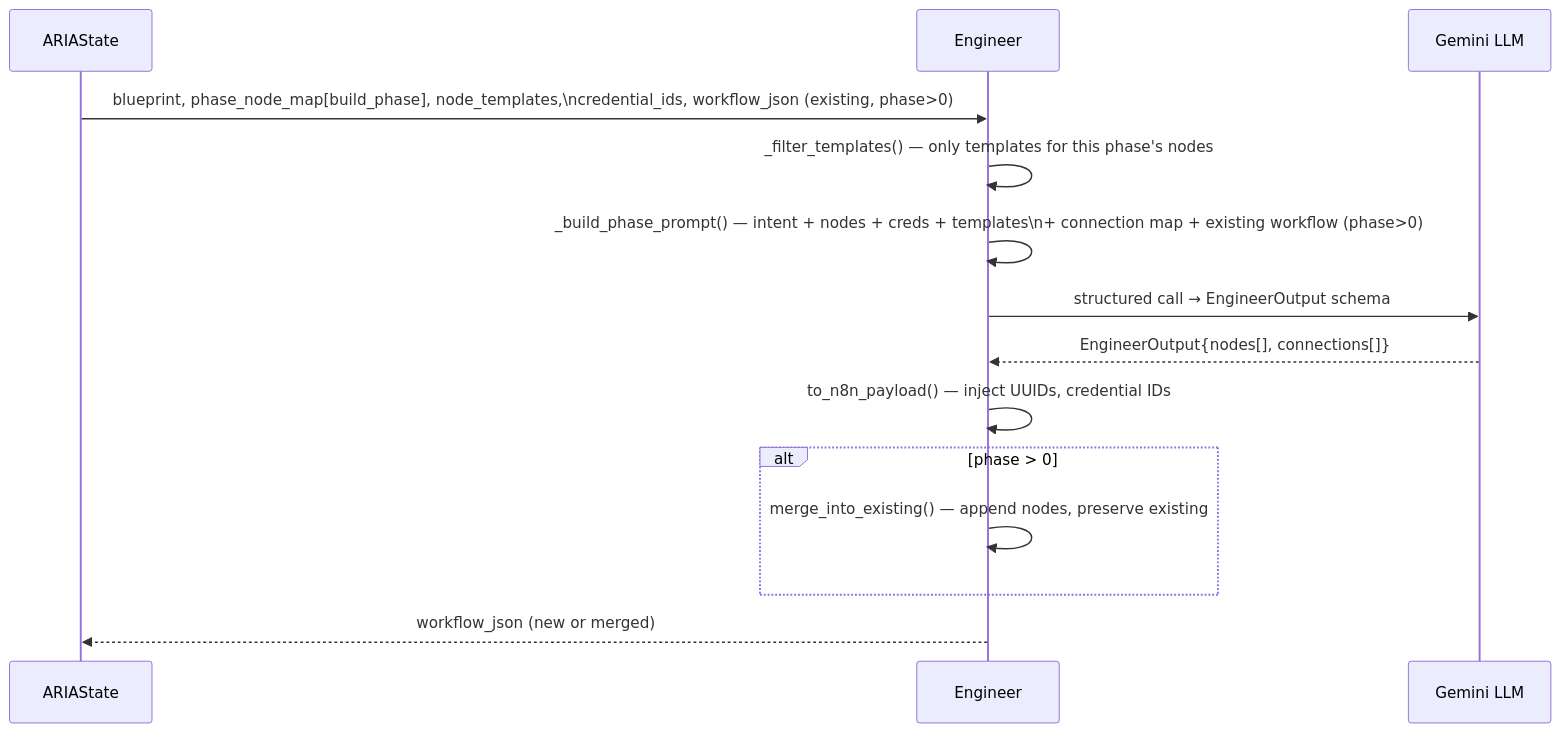
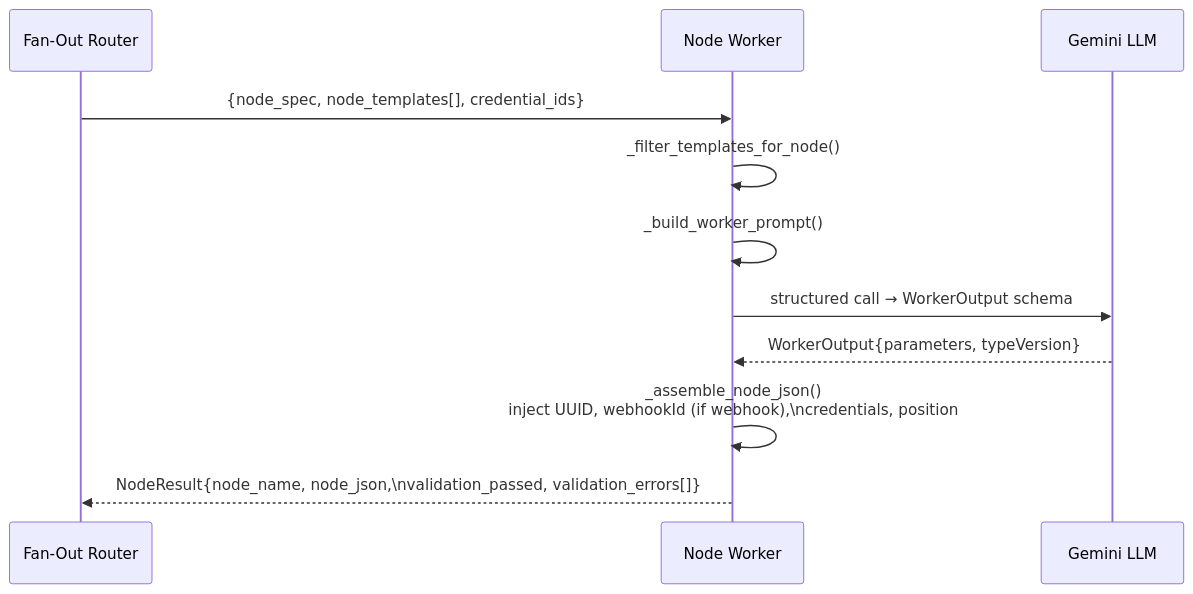
One commit to h19overflow/ARIA changed the third of 7 diagrams in src/agentic_system/build_cycle/README.md. Above: the diagram before and after it, drawn with Mermaid. The commit also changed other lines of this file and 26 other files, not shown here.

First line of the commit message:
refactor(build_cycle): replace sequential phase loop with parallel fan-out/fan-in via LangGraph Send API

````diff
--- a/src/agentic_system/build_cycle/README.md
+++ b/src/agentic_system/build_cycle/README.md
@@ -111,17 +133,14 @@
 ```mermaid
 sequenceDiagram
-    participant S as ARIAState
-    participant EN as Engineer
+    participant FO as Fan-Out Router
+    participant W as Node Worker
     participant LLM as Gemini LLM
 
-    S->>EN: blueprint, phase_node_map[build_phase], node_templates,\ncredential_ids, workflow_json (existing, phase>0)
-    EN->>EN: _filter_templates() — only templates for this phase's nodes
-    EN->>EN: _build_phase_prompt() — intent + nodes + creds + templates\n+ connection map + existing workflow (phase>0)
-    EN->>LLM: structured call → EngineerOutput schema
-    LLM-->>EN: EngineerOutput{nodes[], connections[]}
-    EN->>EN: to_n8n_payload() — inject UUIDs, credential IDs
-    alt phase > 0
-        EN->>EN: merge_into_existing() — append nodes, preserve existing
-    end
-    EN-->>S: workflow_json (new or merged)
+    FO->>W: {node_spec, node_templates[], credential_ids}
+    W->>W: _filter_templates_for_node()
+    W->>W: _build_worker_prompt()
+    W->>LLM: structured call → WorkerOutput schema
+    LLM-->>W: WorkerOutput{parameters, typeVersion}
+    W->>W: _assemble_node_json()<br/>inject UUID, webhookId (if webhook),\ncredentials, position
+    W-->>FO: NodeResult{node_name, node_json,\nvalidation_passed, validation_errors[]}
 ```
````
